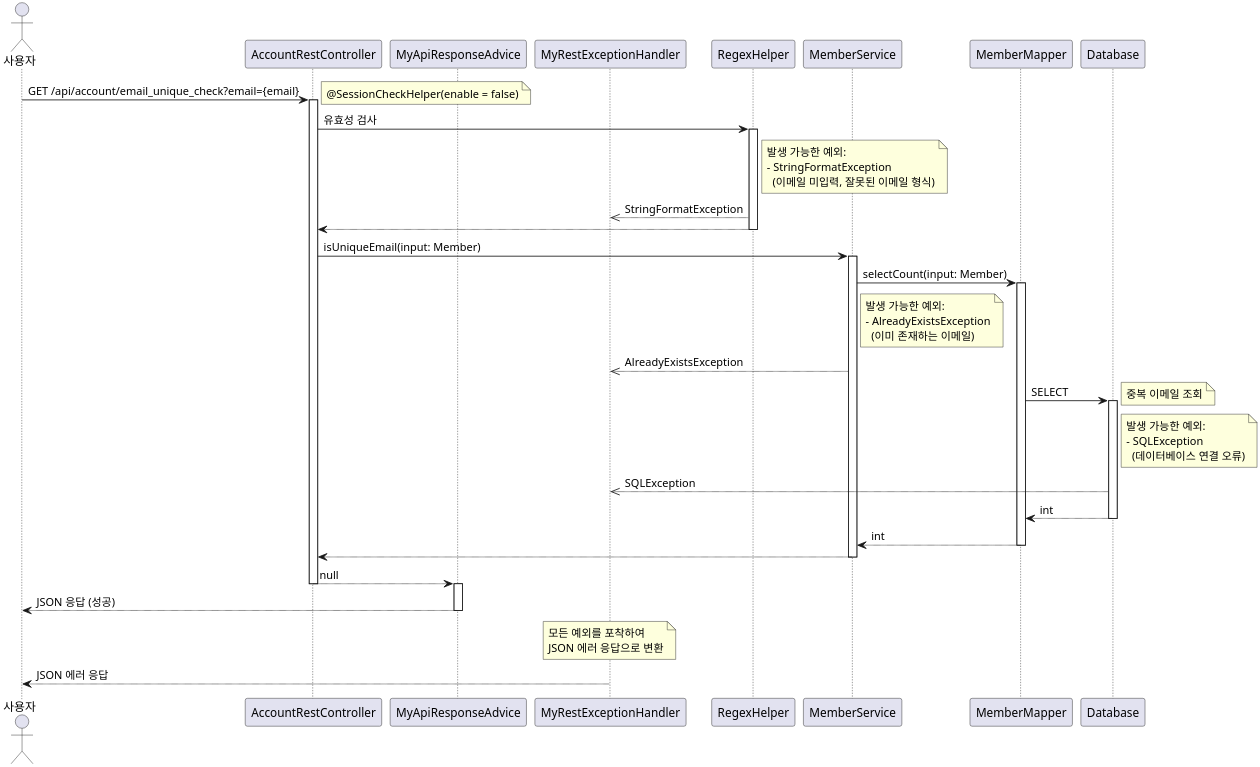
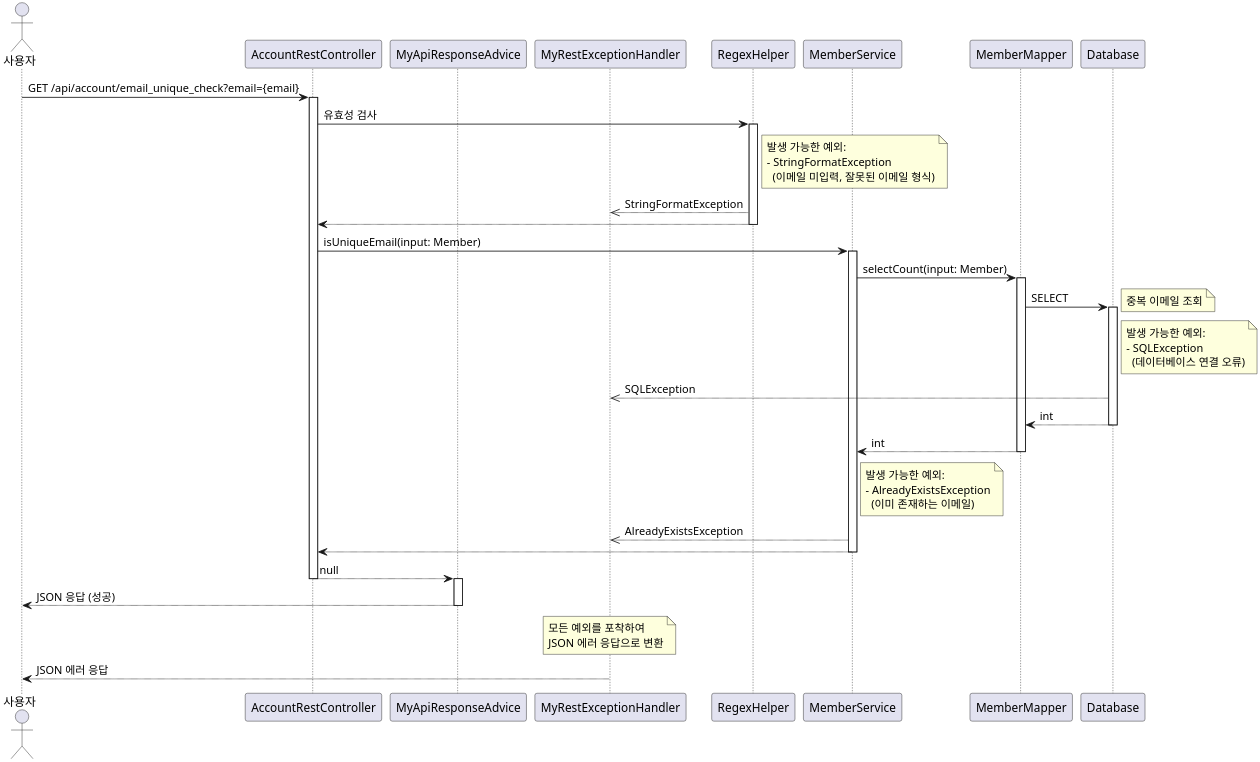
The diagram in uml/AccountRestController/EmailUniqueCheck_Sequence.puml (leekh4232/study-myshop), drawn with PlantUML before and after one commit. The commit also changed 64 other files, not shown here.

```diff
--- a/uml/AccountRestController/EmailUniqueCheck_Sequence.puml
+++ b/uml/AccountRestController/EmailUniqueCheck_Sequence.puml
@@ -1,51 +1,51 @@
 @startuml
 skinparam dpi 300
 
 actor Actor as "사용자"
 participant AccountRestController
 participant MyApiResponseAdvice
 participant MyRestExceptionHandler
 participant RegexHelper
 participant MemberService
 participant MemberMapper
 participant Database
 
 Actor -> AccountRestController: GET /api/account/email_unique_check?email={email}
 activate AccountRestController
-note right: @SessionCheckHelper(enable = false)
+' note right: @SessionCheckHelper(enable = false)
 
 AccountRestController -> RegexHelper: 유효성 검사
 activate RegexHelper
 note right of RegexHelper: 발생 가능한 예외:\n- StringFormatException\n  (이메일 미입력, 잘못된 이메일 형식)
 RegexHelper -->> MyRestExceptionHandler: StringFormatException
 RegexHelper --> AccountRestController
 deactivate RegexHelper
 
 AccountRestController -> MemberService: isUniqueEmail(input: Member)
 activate MemberService
 MemberService -> MemberMapper: selectCount(input: Member)
 activate MemberMapper
-note right of MemberService: 발생 가능한 예외:\n- AlreadyExistsException\n  (이미 존재하는 이메일)
-MemberService -->> MyRestExceptionHandler: AlreadyExistsException
 MemberMapper -> Database: SELECT
 activate Database
 note right: 중복 이메일 조회
 note right of Database: 발생 가능한 예외:\n- SQLException\n  (데이터베이스 연결 오류)
 Database -->> MyRestExceptionHandler: SQLException
 Database --> MemberMapper: int
 deactivate Database
 MemberMapper --> MemberService: int
 deactivate MemberMapper
+note right of MemberService: 발생 가능한 예외:\n- AlreadyExistsException\n  (이미 존재하는 이메일)
+MemberService -->> MyRestExceptionHandler: AlreadyExistsException
 MemberService --> AccountRestController
 deactivate MemberService
 
 AccountRestController --> MyApiResponseAdvice: null
 deactivate AccountRestController
 activate MyApiResponseAdvice
 MyApiResponseAdvice --> Actor: JSON 응답 (성공)
 deactivate MyApiResponseAdvice
 
 note over MyRestExceptionHandler: 모든 예외를 포착하여\nJSON 에러 응답으로 변환
 MyRestExceptionHandler --> Actor: JSON 에러 응답
 
 @enduml
```
